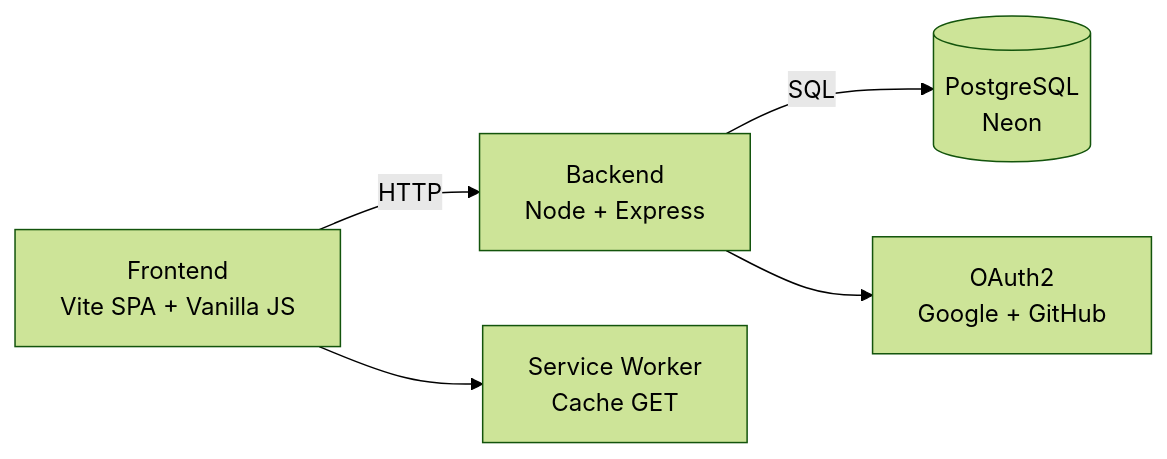
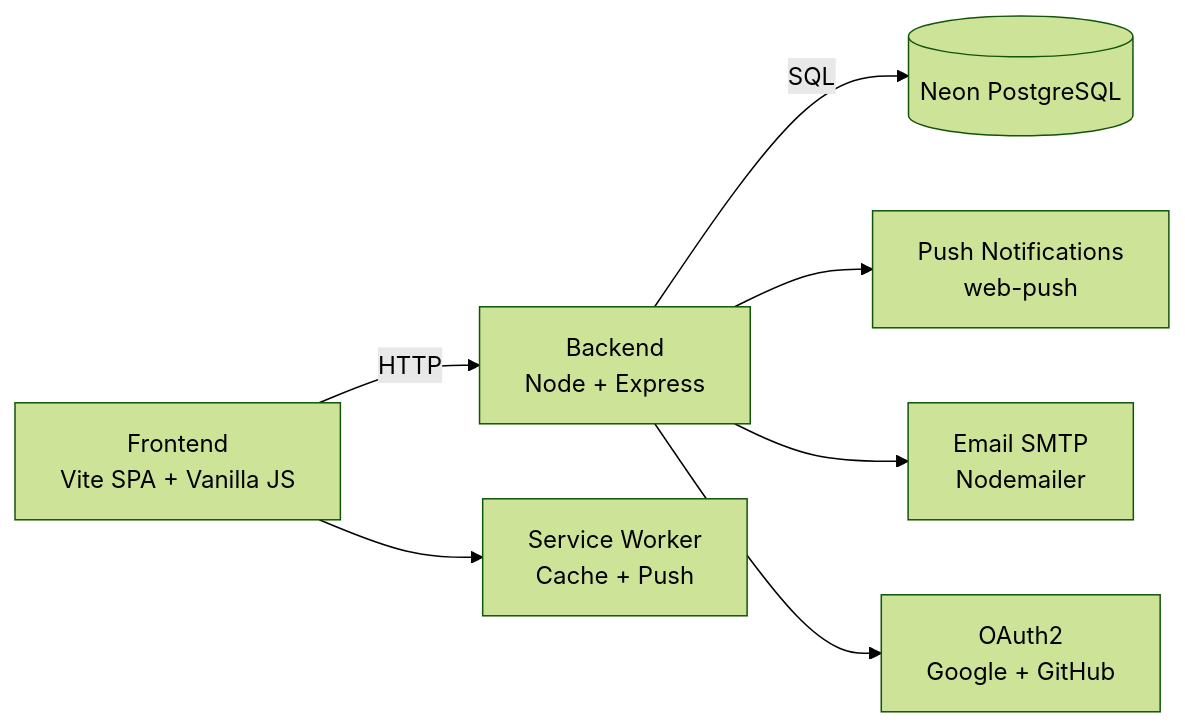
The first of 2 diagrams in 2º Cerebro/Cerebro do projeto/Readme do Projeto.md (Henrique1601/Projeto-Financeiro), drawn with Mermaid (forest theme) before and after one commit. The commit also changed other lines of this file and 29 other files, not shown here.

````diff
--- a/2º Cerebro/Cerebro do projeto/Readme do Projeto.md
+++ b/2º Cerebro/Cerebro do projeto/Readme do Projeto.md
@@ -26,7 +26,9 @@
 ```mermaid
 graph LR
     F[Frontend<br/>Vite SPA + Vanilla JS] -->|HTTP| B[Backend<br/>Node + Express]
-    B -->|SQL| D[(PostgreSQL<br/>Neon)]
-    F --> SW[Service Worker<br/>Cache GET]
+    B -->|SQL| D[(Neon PostgreSQL)]
+    B --> P[Push Notifications<br/>web-push]
+    B --> E[Email SMTP<br/>Nodemailer]
+    F --> SW[Service Worker<br/>Cache + Push]
     B --> O[OAuth2<br/>Google + GitHub]
 ```
````
